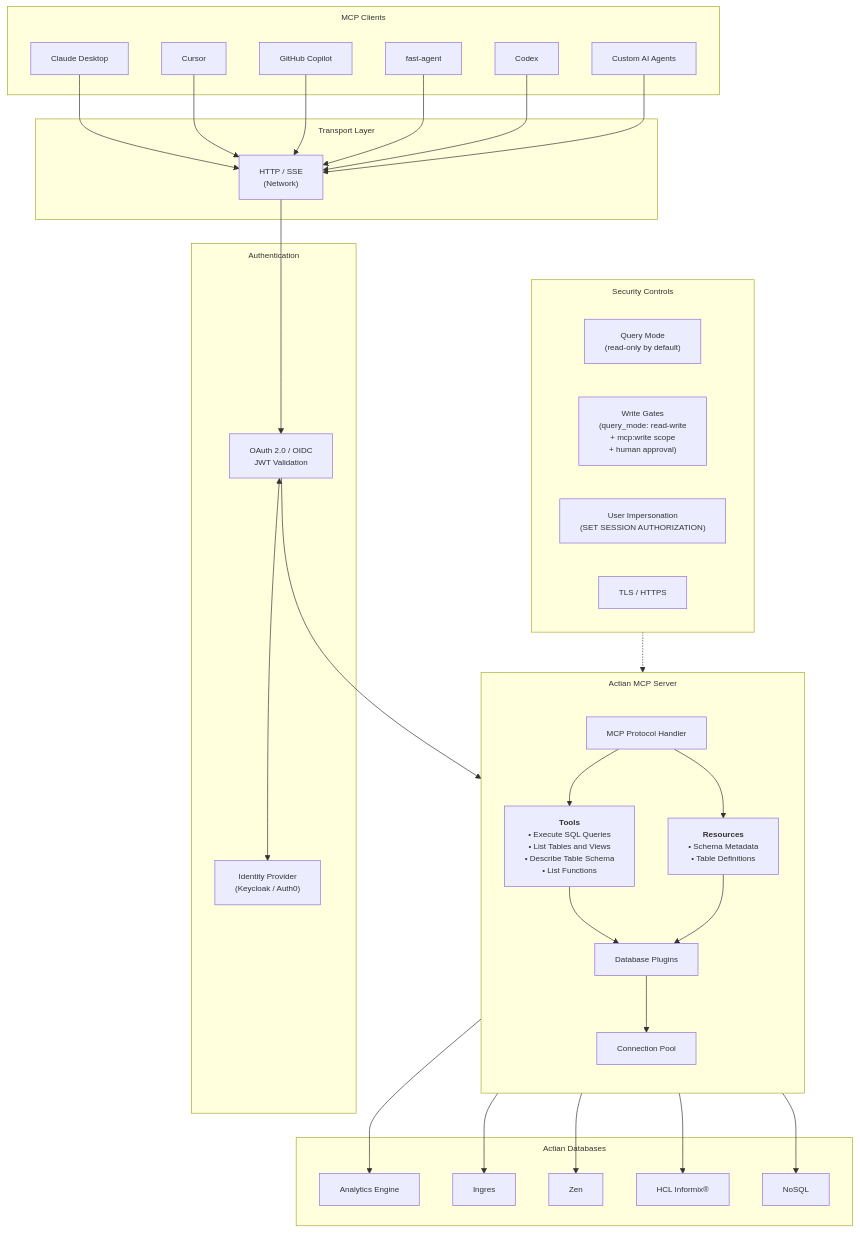
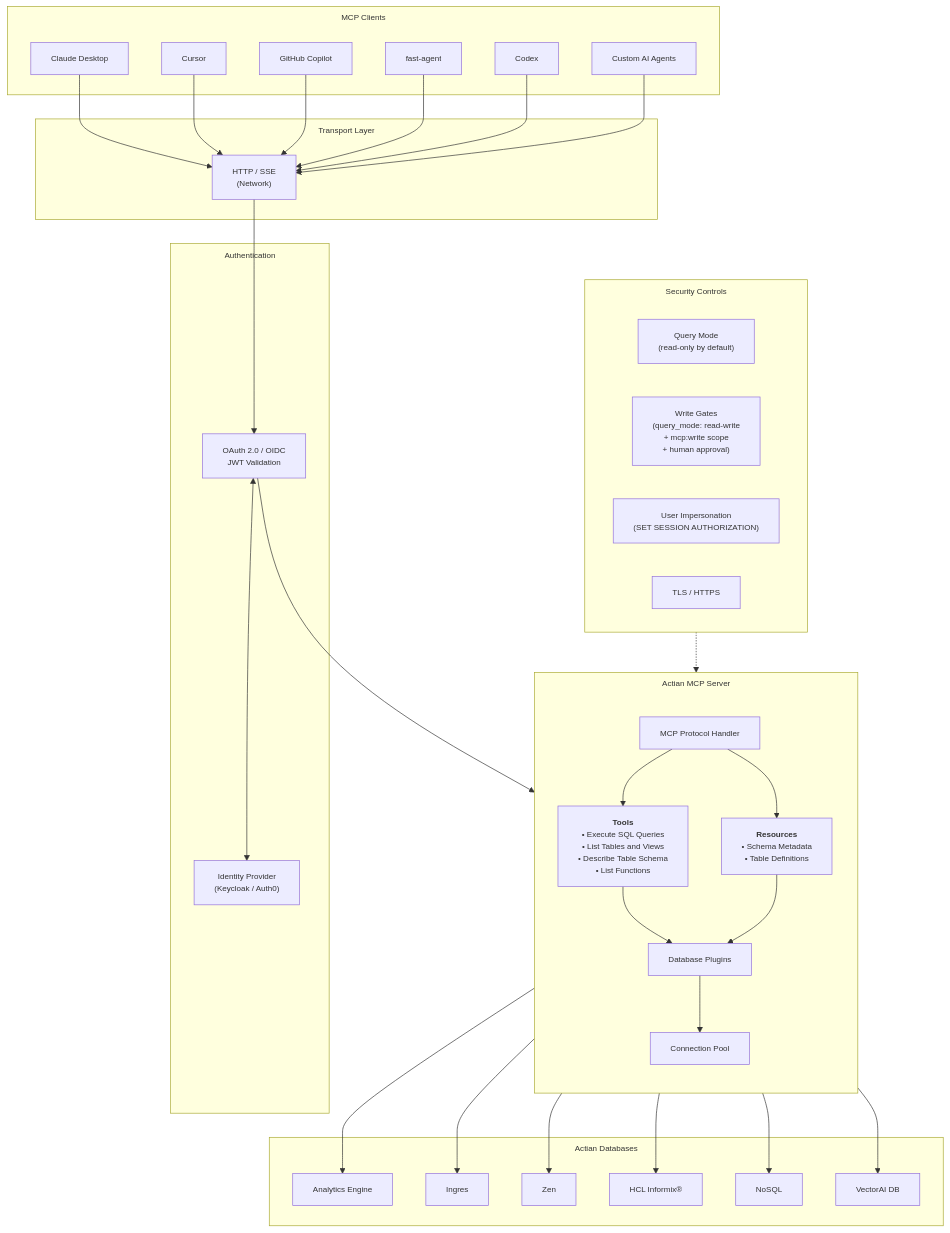
One commit to ActianCorp/mcp-server-docs changed the first of 2 diagrams in docs/intro/index.md. Above: the diagram before and after it, drawn with Mermaid. The commit also changed 20 other files, not shown here.

First line of the commit message:
docs: add VectorAI DB section and style fixes to Zen 1.2 pages

````diff
--- a/docs/intro/index.md
+++ b/docs/intro/index.md
@@ -41,68 +41,69 @@
 ```mermaid
 %%{init: {
   'theme': 'default',
   'themeVariables': {'fontSize': '12px', 'fontFamily': 'arial'},
   'flowchart': {
     'subGraphTitleMargin': {'top': 8, 'bottom': 16},
     'padding': 15,
     'nodeSpacing': 50,
     'rankSpacing': 60
   }
 }}%%
 flowchart TB
     subgraph Clients["MCP Clients"]
         claude["Claude Desktop"]
         cursor["Cursor"]
         copilot["GitHub Copilot"]
         fastagent["fast-agent"]
         codex["Codex"]
         custom["Custom AI Agents"]
     end
 
     subgraph Transport["Transport Layer"]
         http["HTTP / SSE<br/>(Network)"]
     end
 
     subgraph Auth["Authentication"]
         idp["Identity Provider<br/>(Keycloak / Auth0)"]
         oauth["OAuth 2.0 / OIDC<br/>JWT Validation"]
     end
 
     subgraph MCP["Actian MCP Server"]
         direction TB
         core["MCP Protocol Handler"]
         tools["<b>Tools</b><br/>• Execute SQL Queries<br/>• List Tables and Views<br/>• Describe Table Schema<br/>• List Functions"]
         resources["<b>Resources</b><br/>• Schema Metadata<br/>• Table Definitions"]
         plugins["Database Plugins"]
         pool["Connection Pool"]
     end
 
     subgraph Databases["Actian Databases"]
         ae["Analytics Engine"]
         ingres["Ingres"]
         zen["Zen"]
         informix["HCL Informix®"]
         nosql["NoSQL"]
+        vectorai["VectorAI DB"]
     end
 
     subgraph Security["Security Controls"]
         readonly["Query Mode<br/>(read-only by default)"]
         writegate["Write Gates<br/>(query_mode: read-write<br/>+ mcp:write scope<br/>+ human approval)"]
         impersonation["User Impersonation<br/>(SET SESSION AUTHORIZATION)"]
         tls["TLS / HTTPS"]
     end
 
     claude & cursor & copilot & fastagent & codex & custom --> http
 
     http --> oauth
     oauth <--> idp
     oauth --> core
 
     core --> tools & resources
     tools & resources --> plugins
     plugins --> pool
 
-    pool --> ae & ingres & zen & informix & nosql
+    pool --> ae & ingres & zen & informix & nosql & vectorai
 
     Security -.-> MCP
 ```
````
